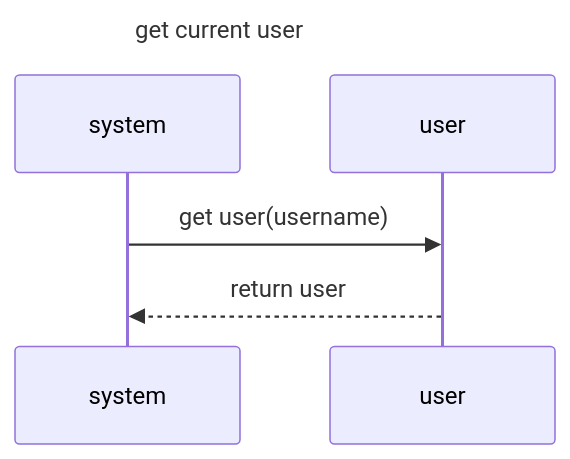
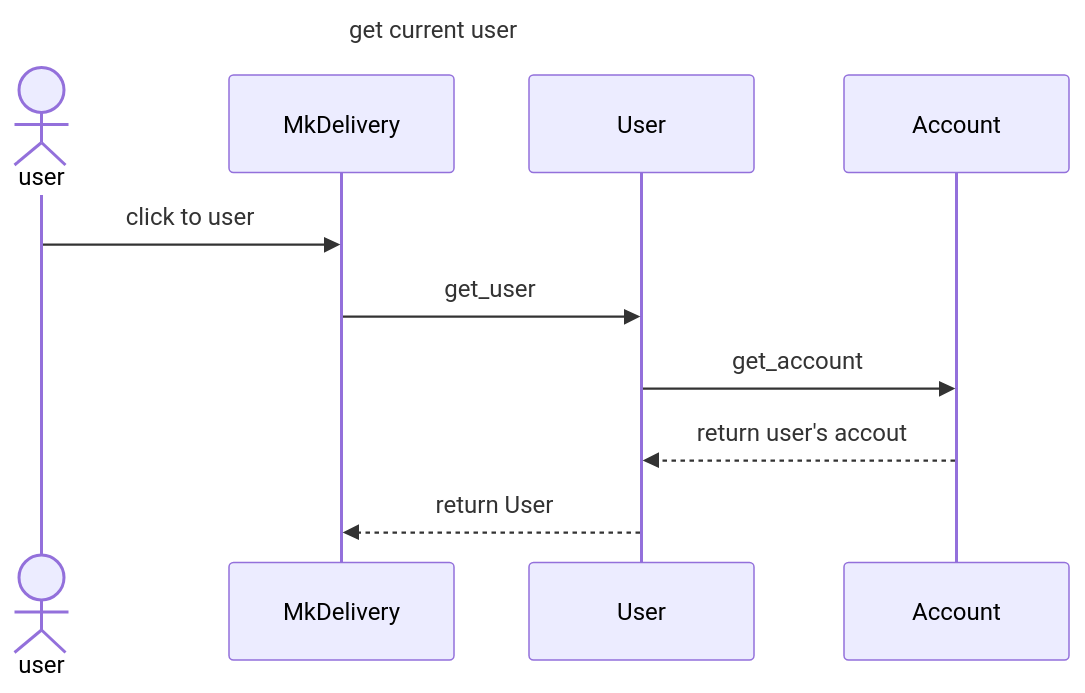
Before and after one commit to MxMhx/OOP_Project_MK_website: the diagram in sequence_diag/users/get current user.mmd, drawn with Mermaid. The commit also changed other lines of this file and 2 other files, not shown here.

Commit message:
sq user file

```diff
--- a/sequence_diag/users/get current user.mmd
+++ b/sequence_diag/users/get current user.mmd
@@ -1,7 +1,12 @@
 sequenceDiagram
     title get current user
-    participant system
-    participant user
+    actor user
+    participant MkDelivery
+    participant User
+    participant Account
    
-    system ->> user:get user(username)
-    user -->> system :return user
+    user ->> MkDelivery:click to user
+    MkDelivery ->> User:get_user
+    User ->> Account:get_account
+    Account -->> User :return user's accout
+    User -->> MkDelivery:return User
```
